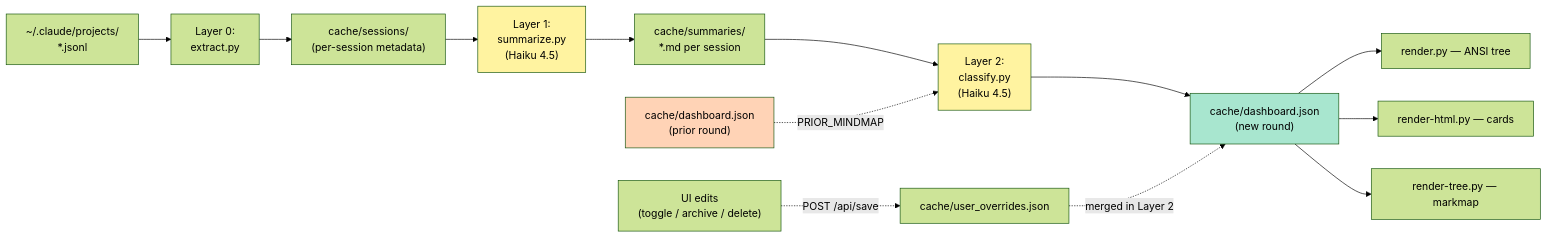
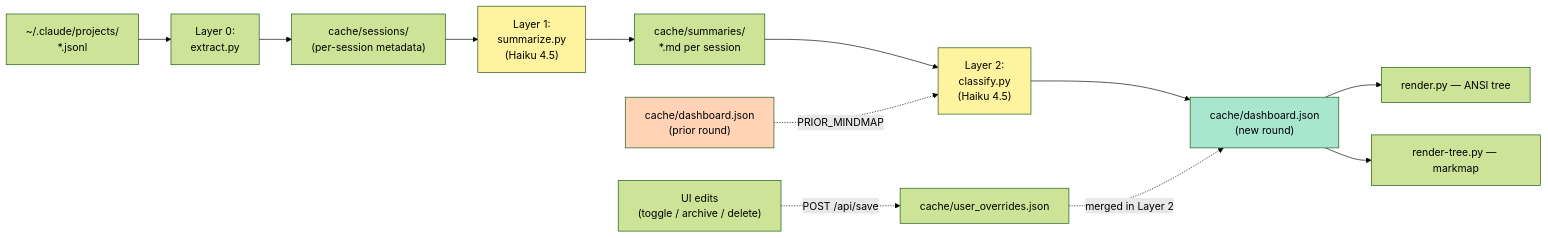
Before and after one commit to Icesource/claude-stray: the first of 8 diagrams in docs/ARCHITECTURE.md, drawn with Mermaid (forest theme). The commit also changed other lines of this file and 3 other files, not shown here.

First line of the commit message:
docs: 文档还债——PLAN 迁历史、ARCHITECTURE/ROADMAP 对齐现状

````diff
--- a/docs/ARCHITECTURE.md
+++ b/docs/ARCHITECTURE.md
@@ -33,20 +33,19 @@
 ```mermaid
 flowchart LR
     A["~/.claude/projects/<br/>*.jsonl"] --> L0["Layer 0:<br/>extract.py"]
     L0 --> S["cache/sessions/<br/>(per-session metadata)"]
     S --> L1["Layer 1:<br/>summarize.py<br/>(Haiku 4.5)"]
     L1 --> SM["cache/summaries/<br/>*.md per session"]
     SM --> L2["Layer 2:<br/>classify.py<br/>(Haiku 4.5)"]
     P["cache/dashboard.json<br/>(prior round)"] -.->|PRIOR_MINDMAP| L2
     L2 --> M["cache/dashboard.json<br/>(new round)"]
     M --> R1["render.py — ANSI tree"]
-    M --> R2["render-html.py — cards"]
     M --> R3["render-tree.py — markmap"]
     U["UI edits<br/>(toggle / archive / delete)"] -.->|"POST /api/save"| OV["cache/user_overrides.json"]
     OV -.->|"merged in Layer 2"| M
 
     style L1 fill:#fff3a0,color:#000
     style L2 fill:#fff3a0,color:#000
     style M fill:#a8e6cf,color:#000
     style P fill:#ffd3b6,color:#000
 ```
````
